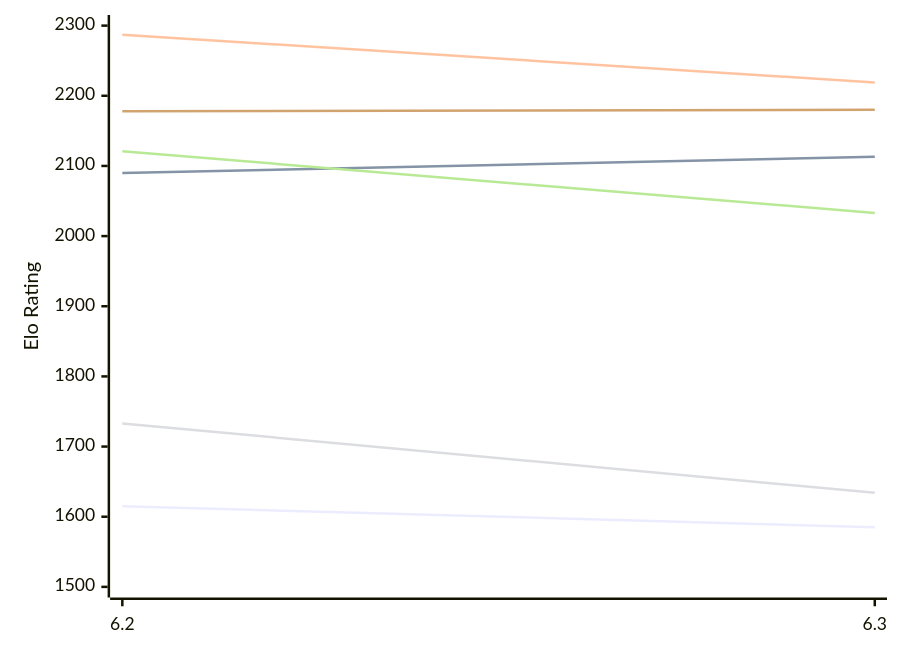
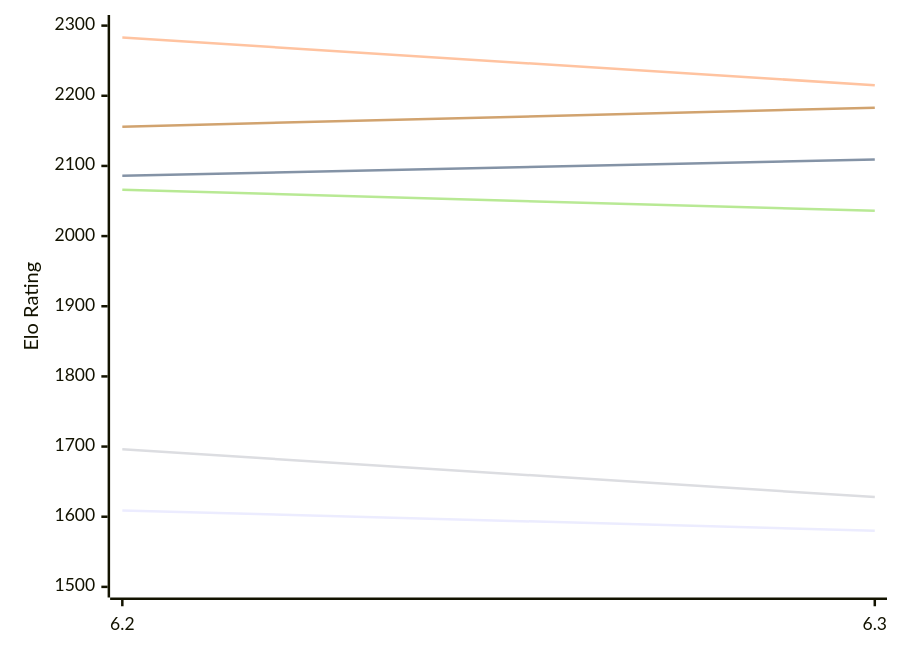
One commit to computer-chess-index/cci changed the first of 2 diagrams in engines/chess4j.md. Above: the diagram before and after it, drawn with Mermaid. The commit also changed other lines of this file, not shown here.

Commit message:
Update CCI Ratings (ELO VLTC) - 2026-11-21

````diff
--- a/engines/chess4j.md
+++ b/engines/chess4j.md
@@ -50,12 +50,12 @@
 ```mermaid
 %%{init: {"theme":"base","themeVariables":{"seriesColors:['#a3a3a3','#222221','#faa371']}}}%%
 xychart-beta
   x-axis ["6.2", "6.3"]
   y-axis "Elo Rating" 1500 --> 2300
-  line "E1: STC (8.0+0.08s)" [1615, 1585]
-  line "E1: LTC (60.0+0.60s)" [2090, 2113]
-  line "E1: VLTC (2m24s+1.12s)" [2287, 2219]
-  line "P1: STC (8.0+0.08s)" [1733, 1634]
-  line "P1: LTC (60.0+0.60s)" [2121, 2033]
-  line "P1: VLTC (2m24s+1.12s)" [2178, 2180]
+  line "E1: STC (8.0+0.08s)" [1609, 1580]
+  line "E1: LTC (60.0+0.60s)" [2086, 2109]
+  line "E1: VLTC (2m24s+1.12s)" [2283, 2215]
+  line "P1: STC (8.0+0.08s)" [1696, 1628]
+  line "P1: LTC (60.0+0.60s)" [2066, 2036]
+  line "P1: VLTC (2m24s+1.12s)" [2156, 2183]
 ```
````
